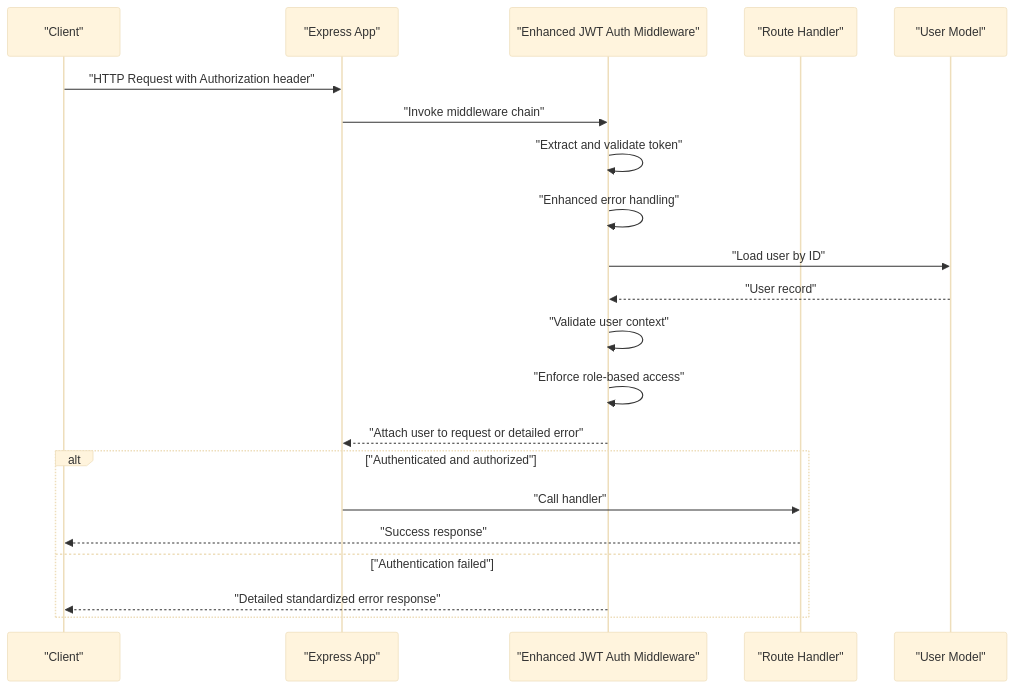
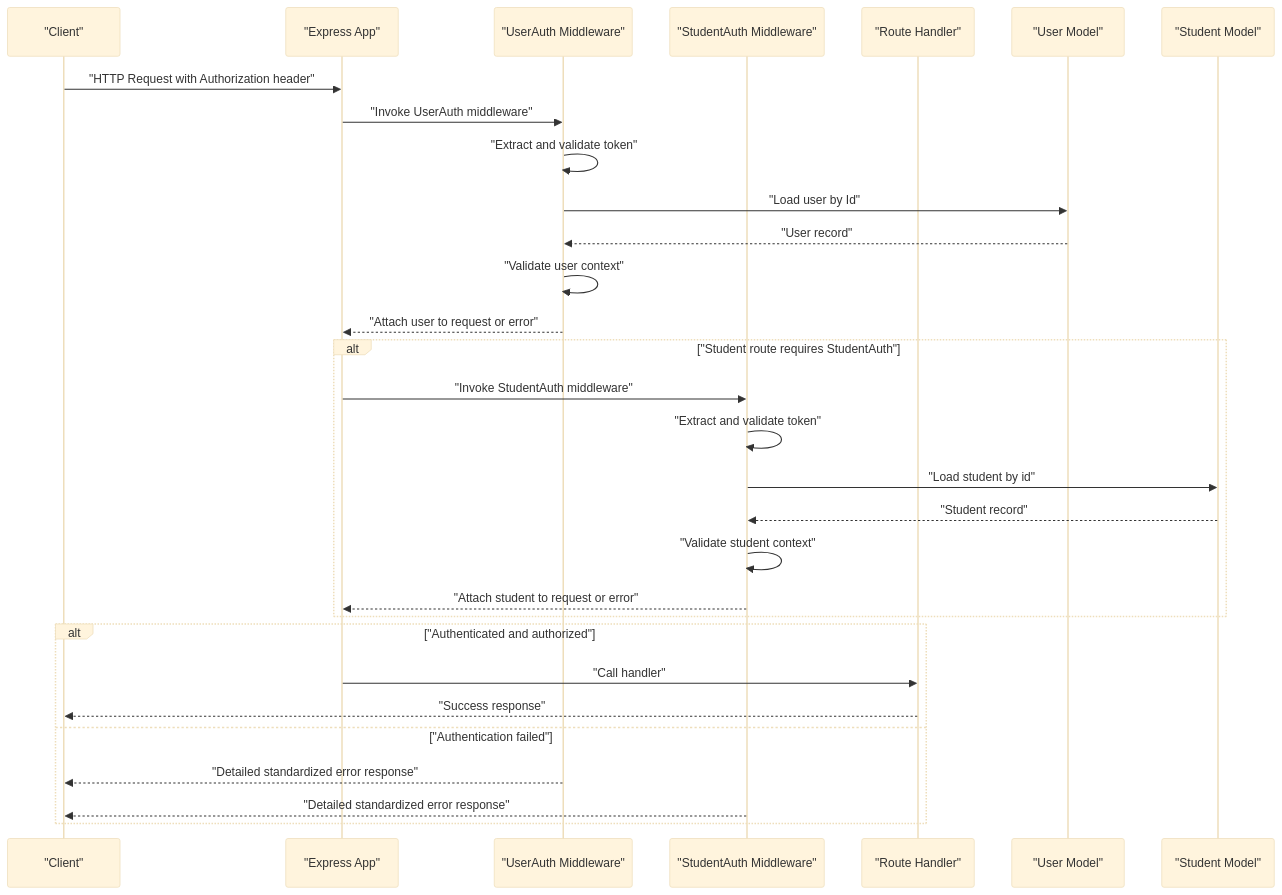
Before and after one commit to Mreng78/khirocom_project: the second of 3 diagrams in .qoder/repowiki/en/content/Authentication & Authorization/Authentication Middleware & Integration.md, drawn with Mermaid (base theme). The commit also changed other lines of this file and 17 other files, not shown here.

````diff
--- a/.qoder/repowiki/en/content/Authentication & Authorization/Authentication Middleware & Integration.md
+++ b/.qoder/repowiki/en/content/Authentication & Authorization/Authentication Middleware & Integration.md
@@ -94,23 +99,32 @@
 ```mermaid
 sequenceDiagram
 participant Client as "Client"
 participant Express as "Express App"
-participant AuthMW as "Enhanced JWT Auth Middleware"
+participant UserAuth as "UserAuth Middleware"
+participant StudentAuth as "StudentAuth Middleware"
 participant Route as "Route Handler"
-participant Model as "User Model"
+participant UserModel as "User Model"
+participant StudentModel as "Student Model"
 Client->>Express : "HTTP Request with Authorization header"
-Express->>AuthMW : "Invoke middleware chain"
-AuthMW->>AuthMW : "Extract and validate token"
-AuthMW->>AuthMW : "Enhanced error handling"
-AuthMW->>Model : "Load user by ID"
-Model-->>AuthMW : "User record"
-AuthMW->>AuthMW : "Validate user context"
-AuthMW->>AuthMW : "Enforce role-based access"
-AuthMW-->>Express : "Attach user to request or detailed error"
+Express->>UserAuth : "Invoke UserAuth middleware"
+UserAuth->>UserAuth : "Extract and validate token"
+UserAuth->>UserModel : "Load user by Id"
+UserModel-->>UserAuth : "User record"
+UserAuth->>UserAuth : "Validate user context"
+UserAuth-->>Express : "Attach user to request or error"
+alt "Student route requires StudentAuth"
+Express->>StudentAuth : "Invoke StudentAuth middleware"
+StudentAuth->>StudentAuth : "Extract and validate token"
+StudentAuth->>StudentModel : "Load student by id"
+StudentModel-->>StudentAuth : "Student record"
+StudentAuth->>StudentAuth : "Validate student context"
+StudentAuth-->>Express : "Attach student to request or error"
+end
 alt "Authenticated and authorized"
 Express->>Route : "Call handler"
 Route-->>Client : "Success response"
 else "Authentication failed"
-AuthMW-->>Client : "Detailed standardized error response"
+UserAuth-->>Client : "Detailed standardized error response"
+StudentAuth-->>Client : "Detailed standardized error response"
 end
 ```
````
